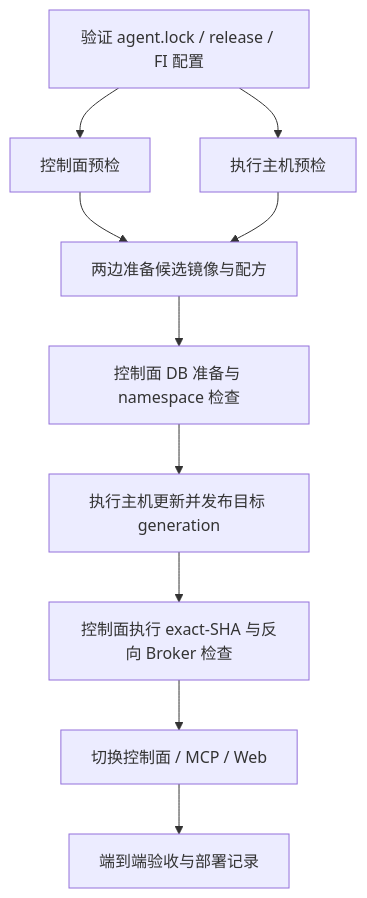
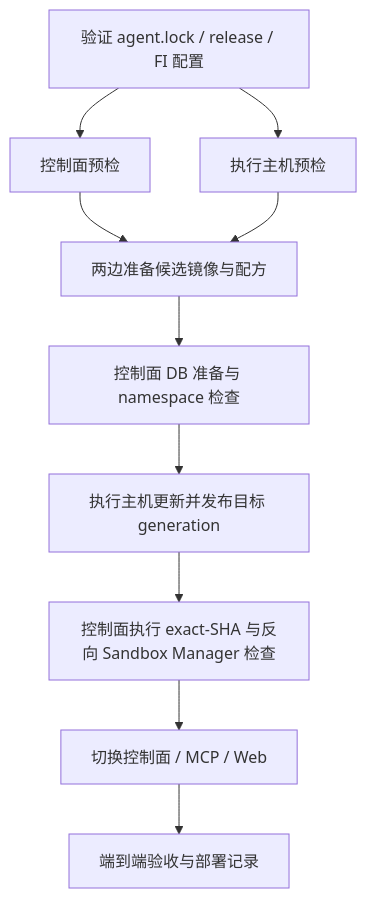
Before and after one commit to B-A-M-N/hybridInference-cloud-agent-1: the second of 2 diagrams in docs/specs/2026-09-10-cloud-agent-release-fi-deploy-design.zh.md, drawn with Mermaid. The commit also changed other lines of this file and 264 other files, not shown here.

First line of the commit message:
refactor: rename Workspace Broker to Sandbox Manager (#575)

````diff
--- a/docs/specs/2026-09-10-cloud-agent-release-fi-deploy-design.zh.md
+++ b/docs/specs/2026-09-10-cloud-agent-release-fi-deploy-design.zh.md
@@ -300,12 +300,12 @@
 ```mermaid
 flowchart TD
     L[验证 agent.lock / release / FI 配置] --> C[控制面预检]
     L --> H[执行主机预检]
     C --> P[两边准备候选镜像与配方]
     H --> P
     P --> D[控制面 DB 准备与 namespace 检查]
     D --> R[执行主机更新并发布目标 generation]
-    R --> A[控制面执行 exact-SHA 与反向 Broker 检查]
+    R --> A[控制面执行 exact-SHA 与反向 Sandbox Manager 检查]
     A --> U[切换控制面 / MCP / Web]
     U --> V[端到端验收与部署记录]
 ```
````
